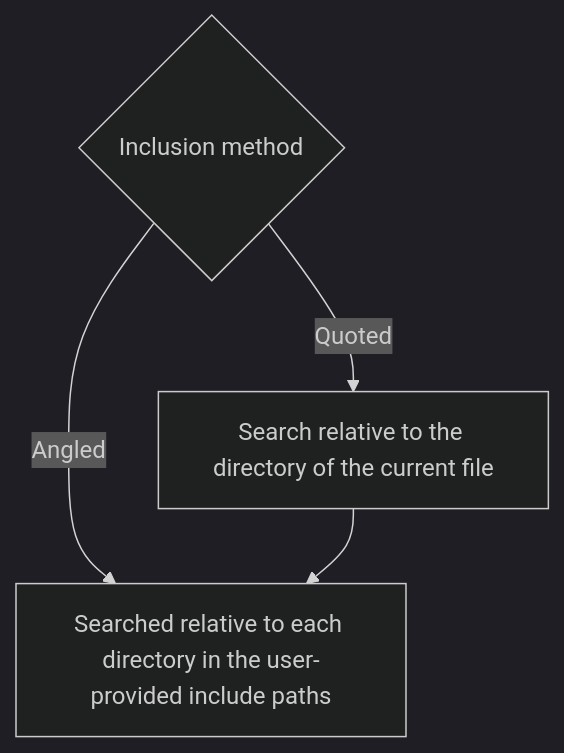
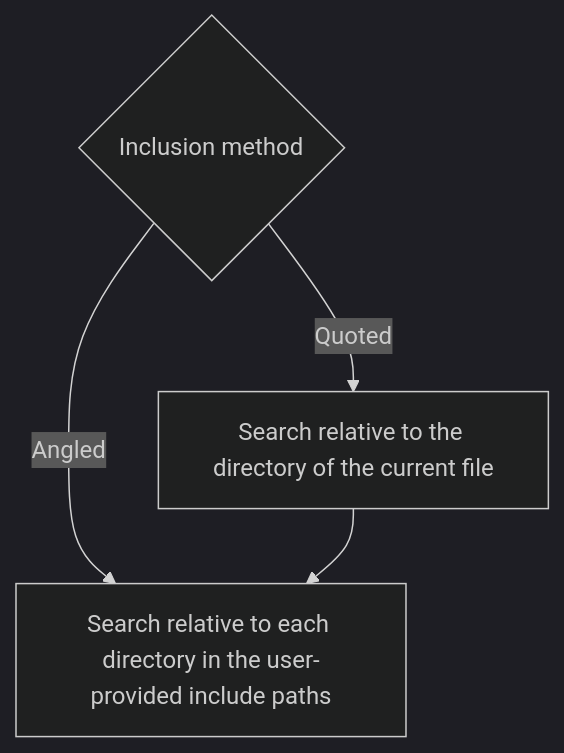
Before and after one commit to msqr1/importizer: the first of 2 diagrams in HowItWorks.md, drawn with Mermaid (dark theme). The commit also changed other lines of this file and 11 other files, not shown here.

````diff
--- a/HowItWorks.md
+++ b/HowItWorks.md
@@ -44,7 +48,7 @@
 ```mermaid
 flowchart TD
 A{Inclusion method}
 A --> |Quoted| B[Search relative to the directory of the current file]
-A --> |Angled| C[Searched relative to each directory in the user-provided include paths]
+A --> |Angled| C[Search relative to each directory in the user-provided include paths]
 B --> C
 ```
````
